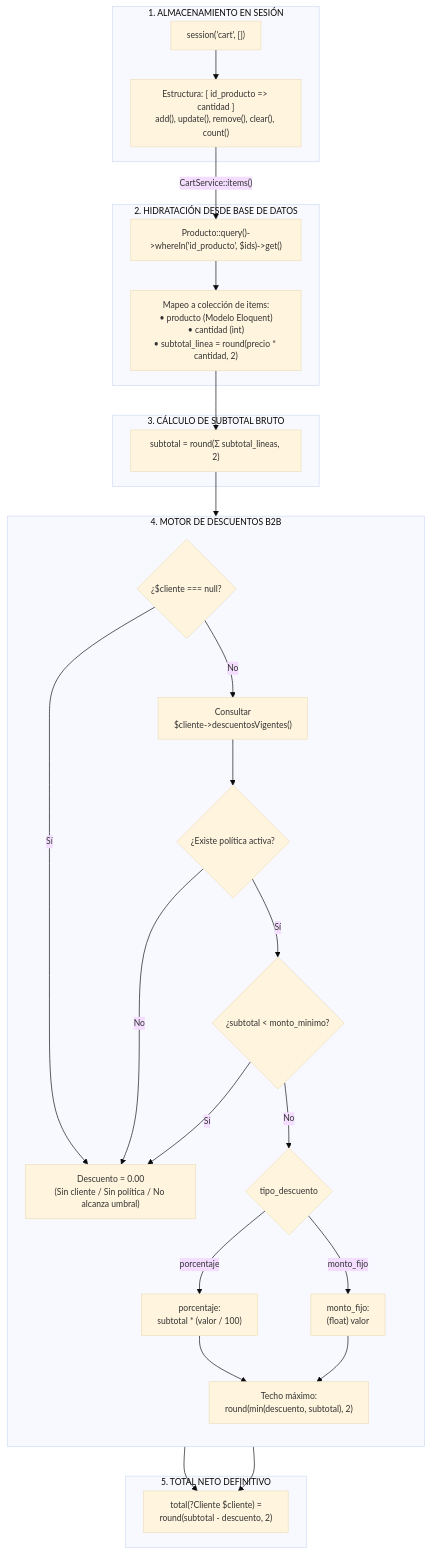
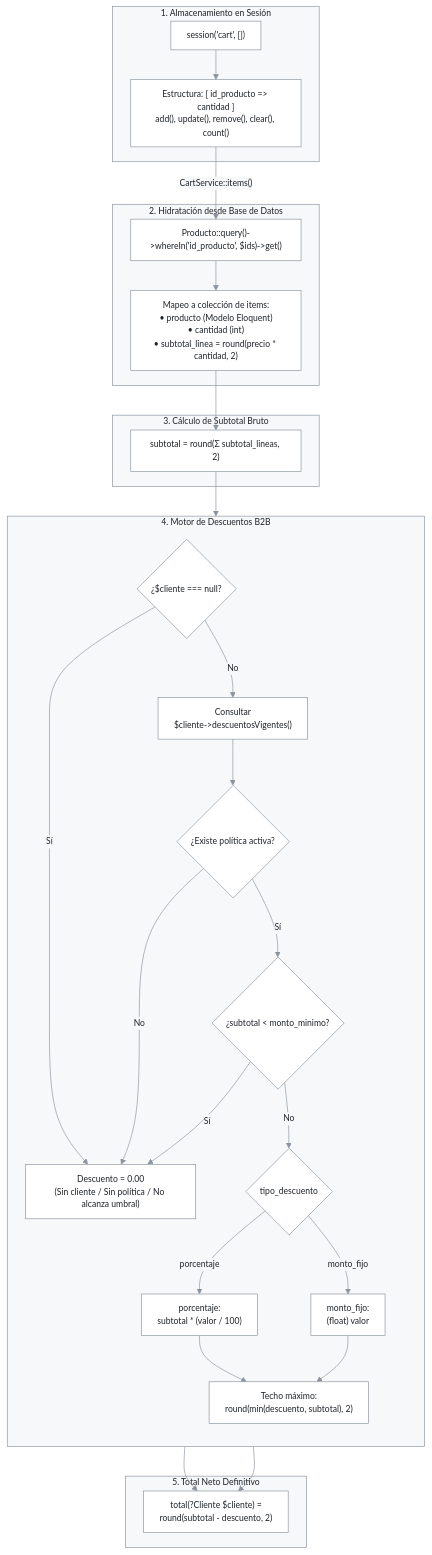
The first of 2 diagrams in 02-modulos/servicios-core.md (Ipolari2645/prueba), drawn with Mermaid before and after one commit. The commit also changed other lines of this file and 4 other files, not shown here.

````diff
--- a/02-modulos/servicios-core.md
+++ b/02-modulos/servicios-core.md
@@ -39,51 +39,51 @@
 ```mermaid
-%%{init: {"theme":"base","themeVariables":{"fontFamily":"Arial, Helvetica, sans-serif","fontSize":"13px"},"flowchart":{"htmlLabels":true,"padding":12,"wrappingWidth":210,"nodeSpacing":35,"rankSpacing":45}}}%%
+%%{init: {"theme":"base","themeVariables":{"fontFamily":"Arial, Helvetica, sans-serif","fontSize":"13px","lineColor":"#8b949e","arrowheadColor":"#8b949e","primaryColor":"#ffffff","primaryTextColor":"#1f2328","primaryBorderColor":"#8b949e","clusterBkg":"#f6f8fa","clusterBorder":"#8b949e","titleColor":"#1f2328","edgeLabelBackground":"#f6f8fa","tertiaryTextColor":"#1f2328"},"flowchart":{"htmlLabels":true,"padding":12,"wrappingWidth":210,"nodeSpacing":35,"rankSpacing":45}}}%%
 flowchart TD
-    subgraph S1["1. ALMACENAMIENTO EN SESIÓN"]
+    subgraph S1["1. Almacenamiento en Sesión"]
         SES["session('cart', [])"]
         OPS["Estructura: [ id_producto => cantidad ]<br/>add(), update(), remove(), clear(), count()"]
         SES --> OPS
     end
 
-    subgraph S2["2. HIDRATACIÓN DESDE BASE DE DATOS"]
+    subgraph S2["2. Hidratación desde Base de Datos"]
         DBQ["Producto::query()->whereIn('id_producto', $ids)->get()"]
         MAP["Mapeo a colección de items:<br/>• producto (Modelo Eloquent)<br/>• cantidad (int)<br/>• subtotal_linea = round(precio * cantidad, 2)"]
         DBQ --> MAP
     end
 
-    subgraph S3["3. CÁLCULO DE SUBTOTAL BRUTO"]
+    subgraph S3["3. Cálculo de Subtotal Bruto"]
         SUB["subtotal = round(Σ subtotal_lineas, 2)"]
     end
 
-    subgraph S4["4. MOTOR DE DESCUENTOS B2B"]
+    subgraph S4["4. Motor de Descuentos B2B"]
         direction TB
         D1{"¿$cliente === null?"}
         D2["Consultar<br/>$cliente->descuentosVigentes()"]
         D3{"¿Existe política activa?"}
         D4{"¿subtotal < monto_minimo?"}
         D_CERO["Descuento = 0.00<br/>(Sin cliente / Sin política / No alcanza umbral)"]
         D5{"tipo_descuento"}
         F_PORC["porcentaje:<br/>subtotal * (valor / 100)"]
         F_FIJO["monto_fijo:<br/>(float) valor"]
         CAP["Techo máximo:<br/>round(min(descuento, subtotal), 2)"]
 
         D1 -->|Sí| D_CERO
         D1 -->|No| D2 --> D3
         D3 -->|No| D_CERO
         D3 -->|Sí| D4
         D4 -->|Sí| D_CERO
         D4 -->|No| D5
         D5 -->|porcentaje| F_PORC --> CAP
         D5 -->|monto_fijo| F_FIJO --> CAP
     end
 
-    subgraph S5["5. TOTAL NETO DEFINITIVO"]
+    subgraph S5["5. Total Neto Definitivo"]
         TOT["total(?Cliente $cliente) =<br/>round(subtotal - descuento, 2)"]
     end
 
     OPS -->|"CartService::items()"| DBQ
     MAP --> SUB
     SUB --> D1
     CAP --> TOT
     D_CERO --> TOT
 ```
````
